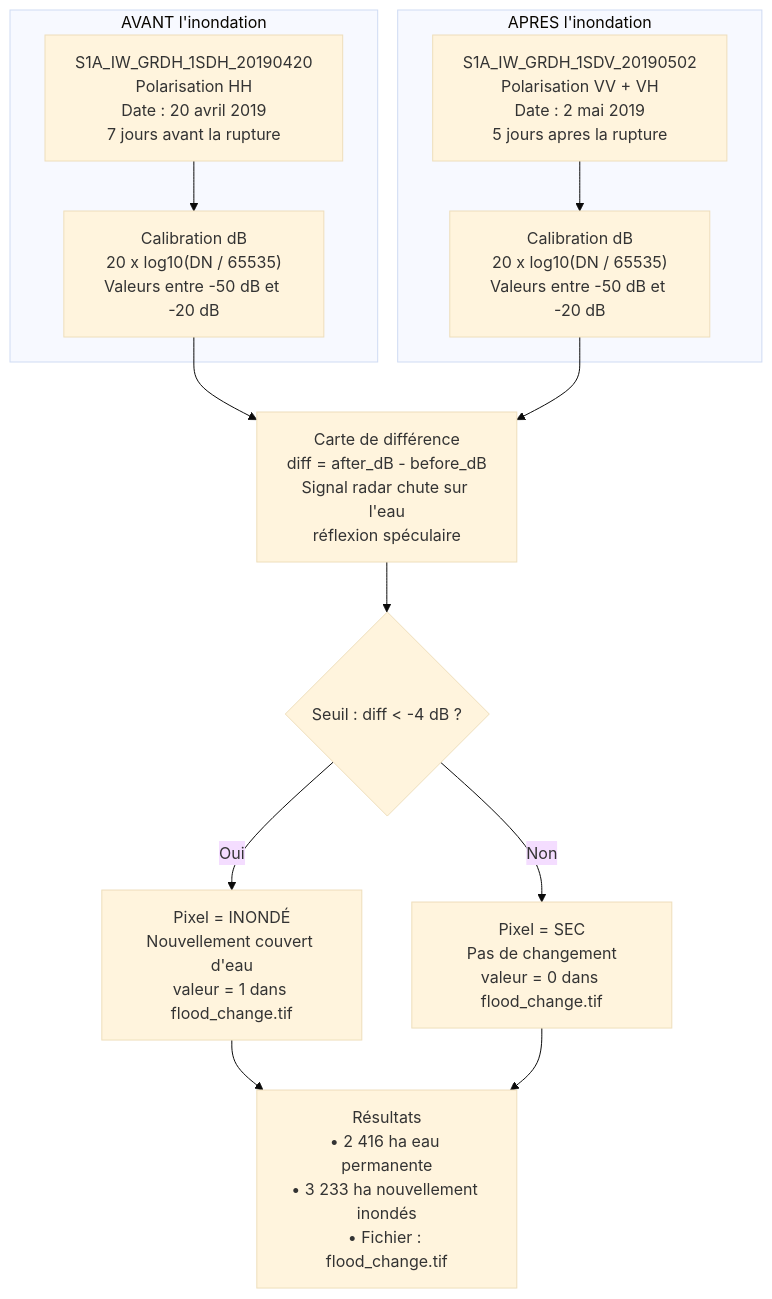
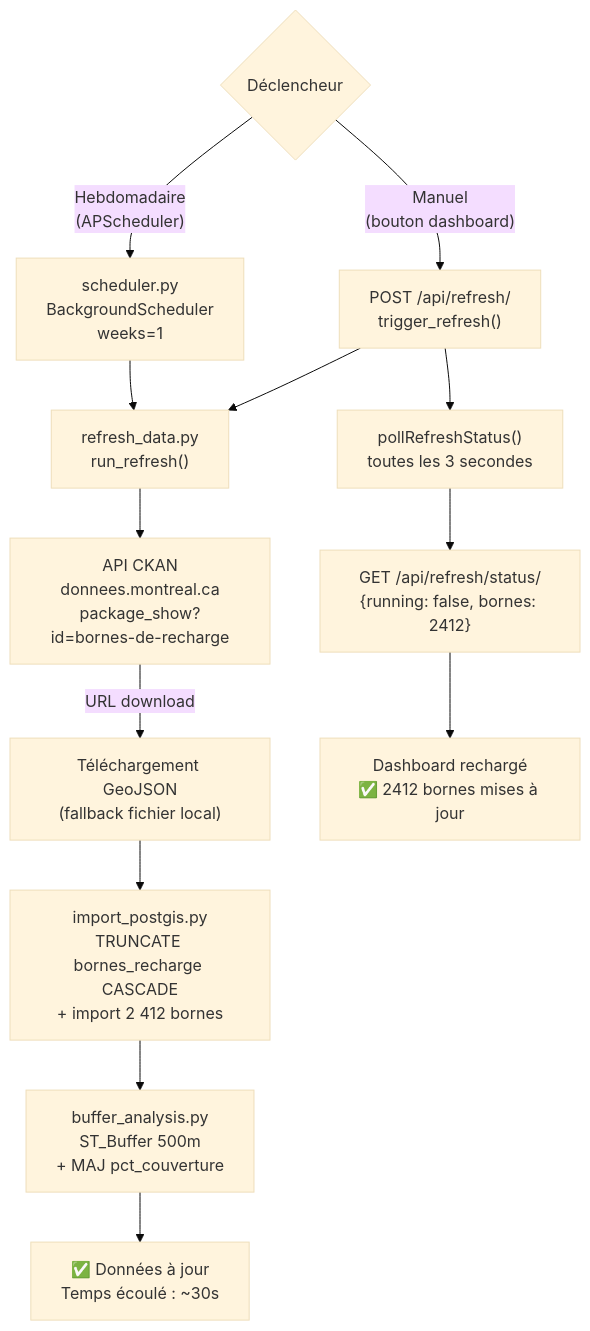
The fourth of 5 diagrams in DIAGRAMME_MERMAID.md (modou5604501/projet_Session), drawn with Mermaid (base theme) before and after one commit. The commit also changed other lines of this file and 3 other files, not shown here.

First line of the commit message:
docs: mise a jour coherence complete - bornes recharge (suppression refs Sainte-Marthe)

````diff
--- a/DIAGRAMME_MERMAID.md
+++ b/DIAGRAMME_MERMAID.md
@@ -91,31 +137,20 @@
 ```mermaid
 flowchart TD
-    subgraph AVANT["AVANT l'inondation"]
-        S1["S1A_IW_GRDH_1SDH_20190420\nPolarisation HH\nDate : 20 avril 2019\n7 jours avant la rupture"]
-        CAL1["Calibration dB\n20 x log10(DN / 65535)\nValeurs entre -50 dB et -20 dB"]
-    end
+    TRIGGER{"Déclencheur"}
 
-    subgraph APRES["APRES l'inondation"]
-        S2["S1A_IW_GRDH_1SDV_20190502\nPolarisation VV + VH\nDate : 2 mai 2019\n5 jours apres la rupture"]
-        CAL2["Calibration dB\n20 x log10(DN / 65535)\nValeurs entre -50 dB et -20 dB"]
-    end
+    TRIGGER -- "Hebdomadaire\n(APScheduler)" --> SCHED["scheduler.py\nBackgroundScheduler\nweeks=1"]
+    TRIGGER -- "Manuel\n(bouton dashboard)" --> BTN["POST /api/refresh/\ntrigger_refresh()"]
 
-    DIFF["Carte de différence\ndiff = after_dB - before_dB\nSignal radar chute sur l'eau\nréflexion spéculaire"]
+    SCHED --> REFRESH["refresh_data.py\nrun_refresh()"]
+    BTN   --> REFRESH
 
-    SEUIL{"Seuil : diff < -4 dB ?"}
+    REFRESH --> CKAN["API CKAN\ndonnees.montreal.ca\npackage_show?id=bornes-de-recharge"]
+    CKAN -- "URL download" --> DL["Téléchargement GeoJSON\n(fallback fichier local)"]
+    DL --> IMP["import_postgis.py\nTRUNCATE bornes_recharge CASCADE\n+ import 2 412 bornes"]
+    IMP --> BUF["buffer_analysis.py\nST_Buffer 500m\n+ MAJ pct_couverture"]
+    BUF --> DONE["✅ Données à jour\nTemps écoulé : ~30s"]
 
-    FLOODED["Pixel = INONDÉ\nNouvellement couvert d'eau\nvaleur = 1 dans flood_change.tif"]
-    DRY["Pixel = SEC\nPas de changement\nvaleur = 0 dans flood_change.tif"]
-
-    RESULT["Résultats\n• 2 416 ha eau permanente\n• 3 233 ha nouvellement inondés\n• Fichier : flood_change.tif"]
-
-    S1 --> CAL1
-    S2 --> CAL2
-    CAL1 --> DIFF
-    CAL2 --> DIFF
-    DIFF --> SEUIL
-    SEUIL -- Oui --> FLOODED
-    SEUIL -- Non --> DRY
-    FLOODED --> RESULT
-    DRY --> RESULT
+    BTN --> POLL["pollRefreshStatus()\ntoutes les 3 secondes"]
+    POLL --> STATUS["GET /api/refresh/status/\n{running: false, bornes: 2412}"]
+    STATUS --> UI["Dashboard rechargé\n✅ 2412 bornes mises à jour"]
 ```
````
